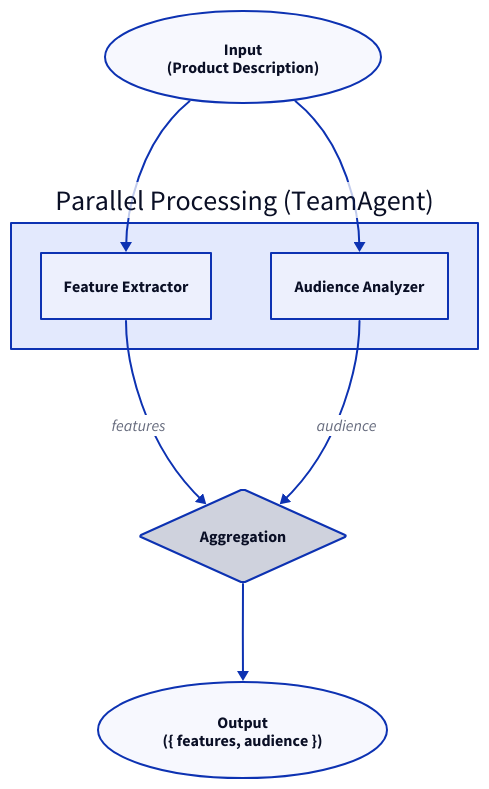
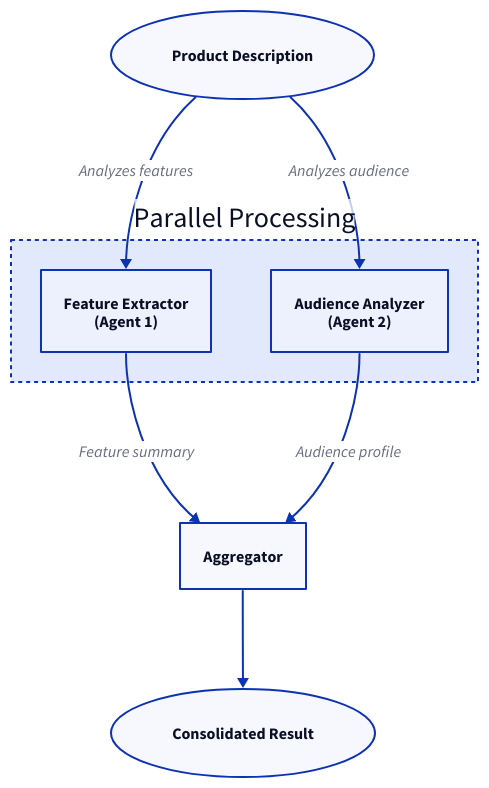
Before and after one commit to AIGNE-io/aigne-framework: the diagram in .aigne/doc-smith/docs/examples-workflow-concurrency.md, drawn with D2. The commit also changed other lines of this file and 82 other files, not shown here.

````diff
--- a/.aigne/doc-smith/docs/examples-workflow-concurrency.md
+++ b/.aigne/doc-smith/docs/examples-workflow-concurrency.md
@@ -11,39 +16,36 @@
 ```d2
 direction: down
 
 Input: {
-  label: "Input\n(Product Description)"
+  label: "Product Description"
   shape: oval
 }
 
-TeamAgent: {
-  label: "Parallel Processing (TeamAgent)"
-  shape: rectangle
+Parallel-Processing: {
+  label: "Parallel Processing"
+  style.stroke-dash: 2
 
   Feature-Extractor: {
-    label: "Feature Extractor"
-    shape: rectangle
+    label: "Feature Extractor\n(Agent 1)"
   }
 
   Audience-Analyzer: {
-    label: "Audience Analyzer"
-    shape: rectangle
+    label: "Audience Analyzer\n(Agent 2)"
   }
 }
 
-Aggregation: {
-  label: "Aggregation"
-  shape: diamond
+Aggregator: {
+  label: "Aggregator"
 }
 
-Output: {
-  label: "Output\n({ features, audience })"
+Result: {
+  label: "Consolidated Result"
   shape: oval
 }
 
-Input -> TeamAgent.Feature-Extractor
-Input -> TeamAgent.Audience-Analyzer
-TeamAgent.Feature-Extractor -> Aggregation: "features"
-TeamAgent.Audience-Analyzer -> Aggregation: "audience"
-Aggregation -> Output
+Input -> Parallel-Processing.Feature-Extractor: "Analyzes features"
+Input -> Parallel-Processing.Audience-Analyzer: "Analyzes audience"
+Parallel-Processing.Feature-Extractor -> Aggregator: "Feature summary"
+Parallel-Processing.Audience-Analyzer -> Aggregator: "Audience profile"
+Aggregator -> Result
 ```
````
